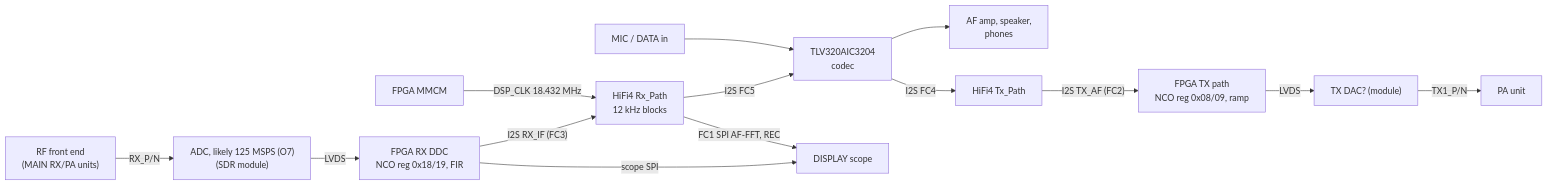
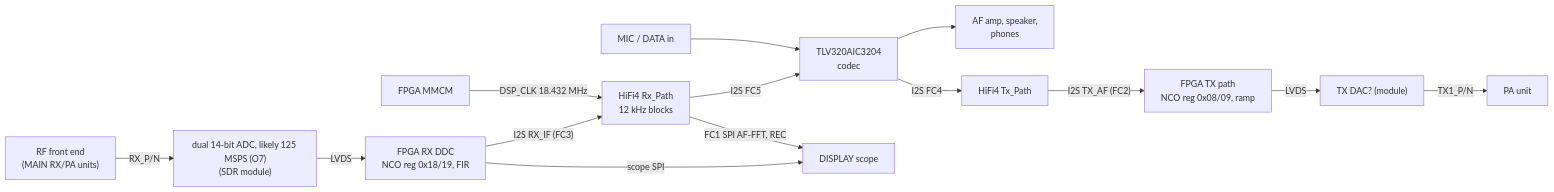
The third of 14 diagrams in docs/code/system.md (Reid-n0rc/FT-710_Firmware), drawn with Mermaid before and after one commit. The commit also changed other lines of this file and 6 other files, not shown here.

First line of the commit message:
O7: dual-channel 14-bit ADC (DC4KU test report) -> two channels at 125 MSPS; add the report to Manuals

````diff
--- a/docs/code/system.md
+++ b/docs/code/system.md
@@ -114,16 +114,16 @@
 ```mermaid
 flowchart LR
-  ANT["RF front end<br/>(MAIN RX/PA units)"] -->|"RX_P/N"| ADC["ADC, likely 125 MSPS (O7)<br/>(SDR module)"]
+  ANT["RF front end<br/>(MAIN RX/PA units)"] -->|"RX_P/N"| ADC["dual 14-bit ADC, likely 125 MSPS (O7)<br/>(SDR module)"]
   ADC -->|LVDS| DDC["FPGA RX DDC<br/>NCO reg 0x18/19, FIR"]
   DDC -->|"I2S RX_IF (FC3)"| RXP["HiFi4 Rx_Path<br/>12 kHz blocks"]
   RXP -->|"I2S FC5"| COD["TLV320AIC3204<br/>codec"]
   COD --> SPK["AF amp, speaker,<br/>phones"]
   MIC["MIC / DATA in"] --> COD
   COD -->|"I2S FC4"| TXP["HiFi4 Tx_Path"]
   TXP -->|"I2S TX_AF (FC2)"| TXF["FPGA TX path<br/>NCO reg 0x08/09, ramp"]
   TXF -->|LVDS| DAC["TX DAC? (module)"]
   DAC -->|"TX1_P/N"| PA["PA unit"]
   F2["FPGA MMCM"] -->|"DSP_CLK 18.432 MHz"| RXP
   DDC -->|"scope SPI"| DISP["DISPLAY scope"]
   RXP -->|"FC1 SPI AF-FFT, REC"| DISP
 ```
````
